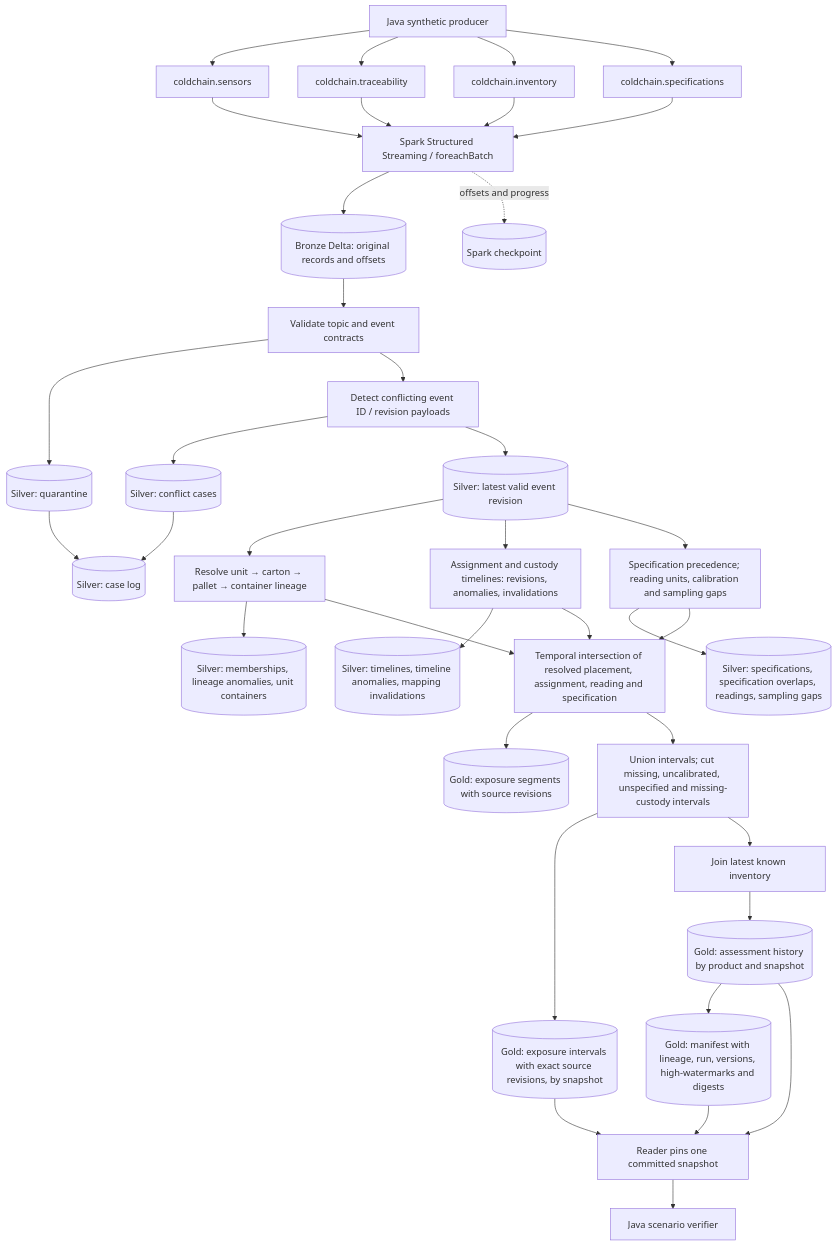
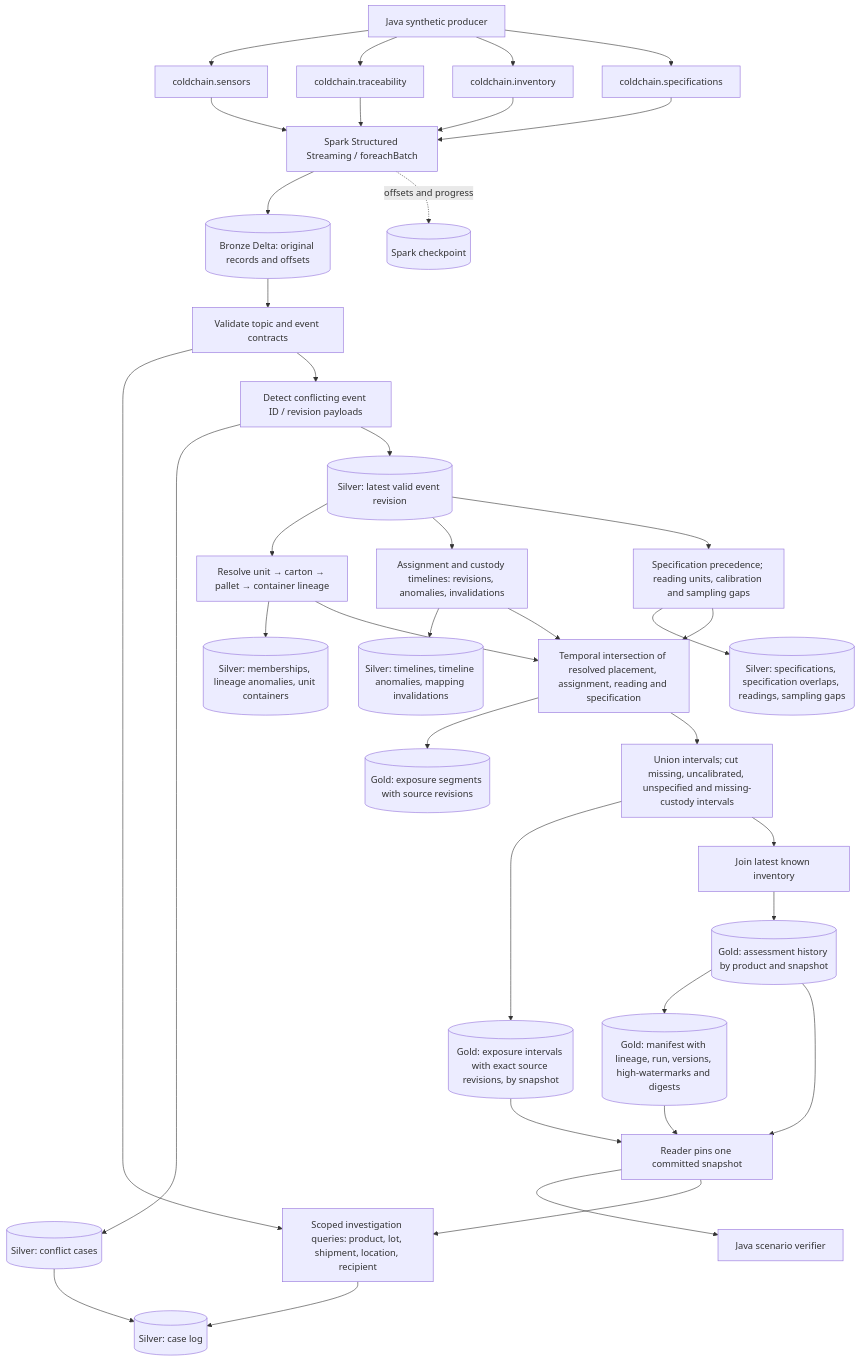
The first of 2 diagrams in docs/architecture.md (rmansoor/pharma-cold-chain), drawn with Mermaid before and after one commit. The commit also changed 17 other files, not shown here.

First line of the commit message:
SID-24: scoped investigation queries for affected stock and recipients

````diff
--- a/docs/architecture.md
+++ b/docs/architecture.md
@@ -13,39 +13,40 @@
 ```mermaid
 flowchart TD
   SIM[Java synthetic producer] --> S[coldchain.sensors]
   SIM --> T[coldchain.traceability]
   SIM --> I[coldchain.inventory]
   SIM --> P[coldchain.specifications]
   S --> ING[Spark Structured Streaming / foreachBatch]
   T --> ING
   I --> ING
   P --> ING
   ING --> B[(Bronze Delta: original records and offsets)]
   B --> V[Validate topic and event contracts]
   V --> Q[(Silver: quarantine)]
   V --> C[Detect conflicting event ID / revision payloads]
   C --> CQ[(Silver: conflict cases)]
   Q --> L[(Silver: case log)]
   CQ --> L
   C --> E[(Silver: latest valid event revision)]
   E --> LIN[Resolve unit → carton → pallet → container lineage]
   LIN --> LA[(Silver: memberships, lineage anomalies, unit containers)]
   E --> TL[Assignment and custody timelines: revisions, anomalies, invalidations]
   TL --> TA[(Silver: timelines, timeline anomalies, mapping invalidations)]
   TL --> J
   E --> SP[Specification precedence; reading units, calibration and sampling gaps]
   SP --> SQ[(Silver: specifications, specification overlaps, readings, sampling gaps)]
   SP --> J
   LIN --> J[Temporal intersection of resolved placement, assignment, reading and specification]
   J --> SEG[(Gold: exposure segments with source revisions)]
   J --> U[Union intervals; cut missing, uncalibrated, unspecified and missing-custody intervals]
   U --> IV[(Gold: exposure intervals with exact source revisions, by snapshot)]
   U --> INV[Join latest known inventory]
   INV --> H[(Gold: assessment history by product and snapshot)]
   H --> M[(Gold: manifest with lineage, run, versions, high-watermarks and digests)]
   M --> R[Reader pins one committed snapshot]
   H --> R
   IV --> R
   R --> VERIFY[Java scenario verifier]
+  R --> Q[Scoped investigation queries: product, lot, shipment, location, recipient]
   ING -. offsets and progress .-> CK[(Spark checkpoint)]
 ```
````
